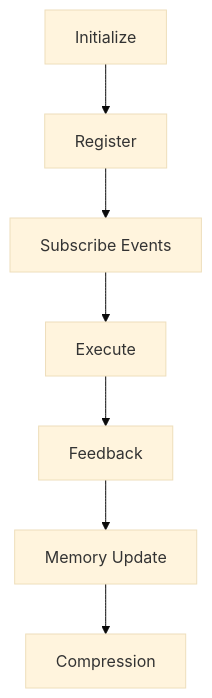
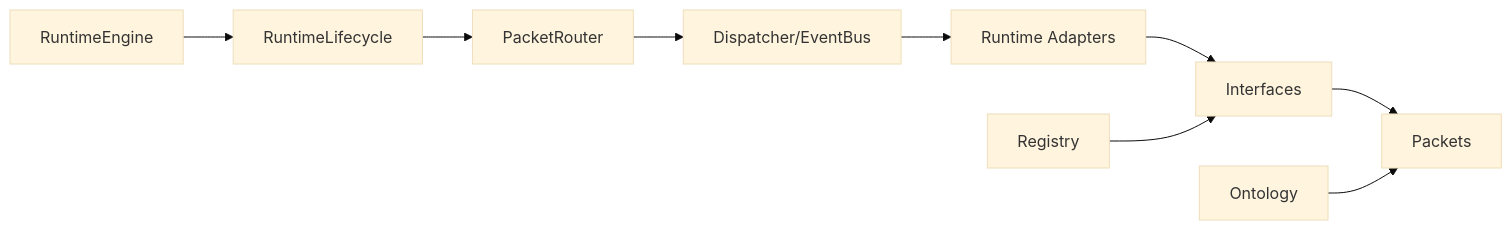
One commit to o-yutaka/B changed the first of 2 diagrams in SPECS/BLACK_Core.md. Above: the diagram before and after it, drawn with Mermaid (base theme). The commit also changed other lines of this file and 43 other files, not shown here.

````diff
--- a/SPECS/BLACK_Core.md
+++ b/SPECS/BLACK_Core.md
@@ -30,9 +11,11 @@
 ```mermaid
-flowchart TD
-    Initialize --> Register
-    Register --> SubscribeEvents[Subscribe Events]
-    SubscribeEvents --> Execute
-    Execute --> Feedback
-    Feedback --> MemoryUpdate[Memory Update]
-    MemoryUpdate --> Compression
+flowchart LR
+    RuntimeEngine --> Lifecycle[RuntimeLifecycle]
+    Lifecycle --> Router[PacketRouter]
+    Router --> Dispatcher[Dispatcher/EventBus]
+    Dispatcher --> Adapters[Runtime Adapters]
+    Adapters --> Interfaces
+    Interfaces --> Packets
+    Ontology --> Packets
+    Registry --> Interfaces
 ```
````
